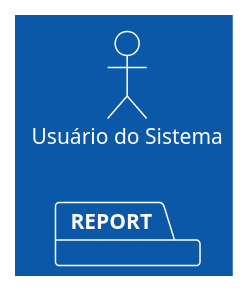
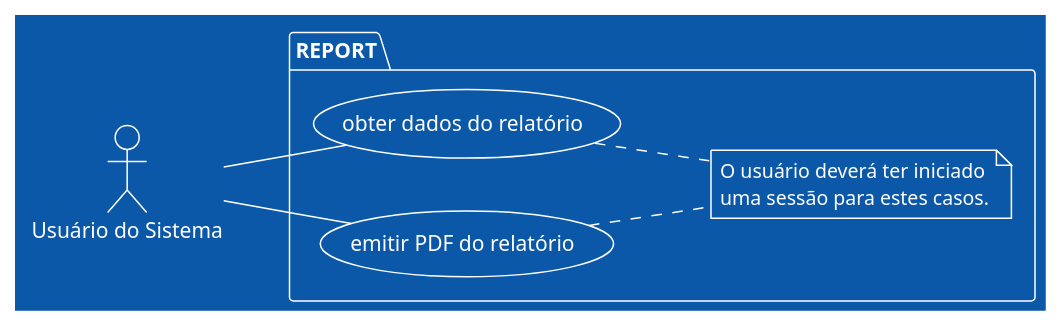
One commit to Minerva-System/minerva-system changed the fifth of 9 diagrams in docs/src/diagramas/casos-de-uso.md. Above: the diagram before and after it, drawn with PlantUML. The commit also changed other lines of this file, not shown here.

Commit message:
Finish basic use case diagrams

````diff
--- a/docs/src/diagramas/casos-de-uso.md
+++ b/docs/src/diagramas/casos-de-uso.md
@@ -127,11 +148,21 @@
 ```plantuml
 @startuml
 !theme amiga
 left to right direction
 actor :Usuário do Sistema: as user
 
 package REPORT {
+	usecase "obter dados do relatório" as obter_dados
+	usecase "emitir PDF do relatório" as emitir_pdf
+	
+	note "O usuário deverá ter iniciado\numa sessão para estes casos." as must_have_session
+	
+	(obter_dados)..must_have_session
+	(emitir_pdf)..must_have_session
 }
+
+user -- obter_dados
+user -- emitir_pdf
 
 @enduml
 ```
````
